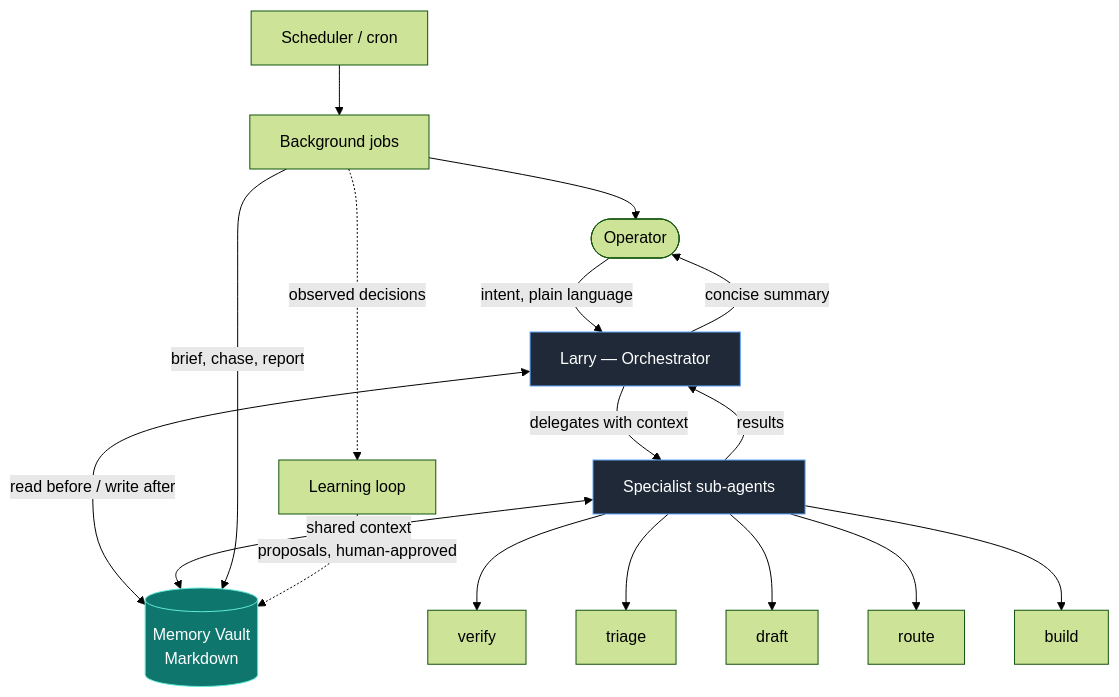
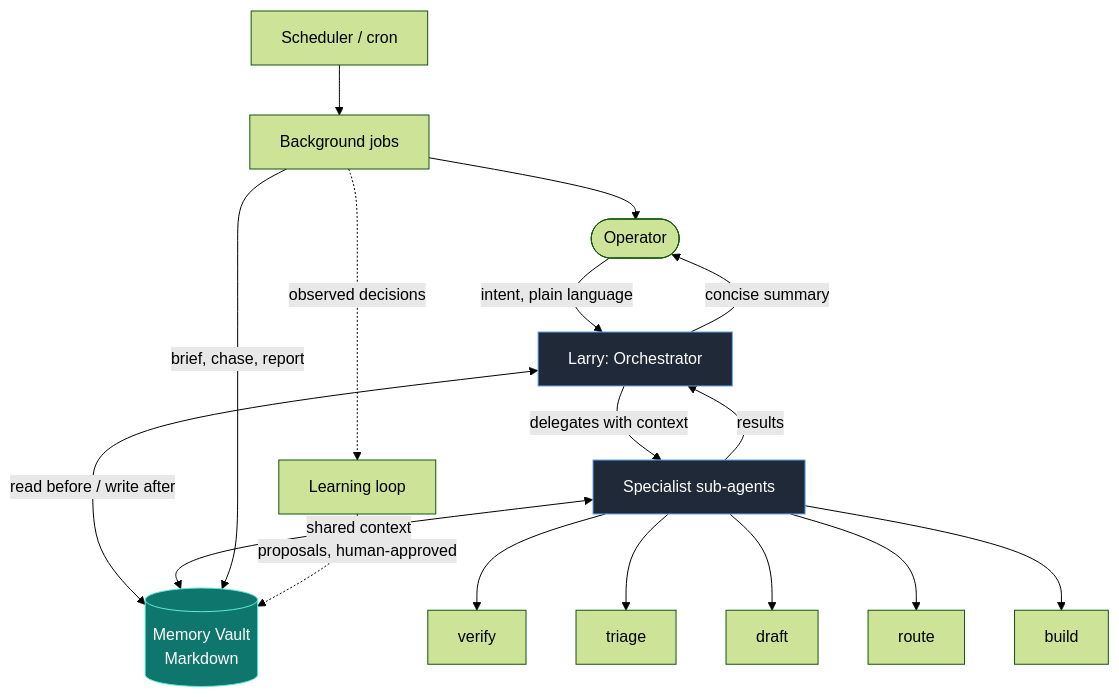
Before and after one commit to soeren90/larry: the diagram in README.md, drawn with Mermaid (forest theme). The commit also changed other lines of this file, not shown here.

````diff
--- a/README.md
+++ b/README.md
@@ -28,24 +28,24 @@
 ```mermaid
 flowchart TD
-    U([Operator]) -->|intent, plain language| L[Larry — Orchestrator]
+    U([Operator]) -->|intent, plain language| L[Larry: Orchestrator]
 
     L -->|delegates with context| F[Specialist sub-agents]
     F --> V[verify] & T[triage] & D[draft] & R[route] & B[build]
     F -->|results| L
     L -->|concise summary| U
 
     L <-->|read before / write after| M[(Memory Vault\nMarkdown)]
     F <-->|shared context| M
 
     S[Scheduler / cron] --> J[Background jobs]
     J -->|brief, chase, report| M
     J --> U
 
     J -.->|observed decisions| LL[Learning loop]
     LL -.->|proposals, human-approved| M
 
     classDef core fill:#1f2937,stroke:#60a5fa,color:#fff;
     classDef mem fill:#0f766e,stroke:#5eead4,color:#fff;
     class L,F core;
     class M mem;
 ```
````
